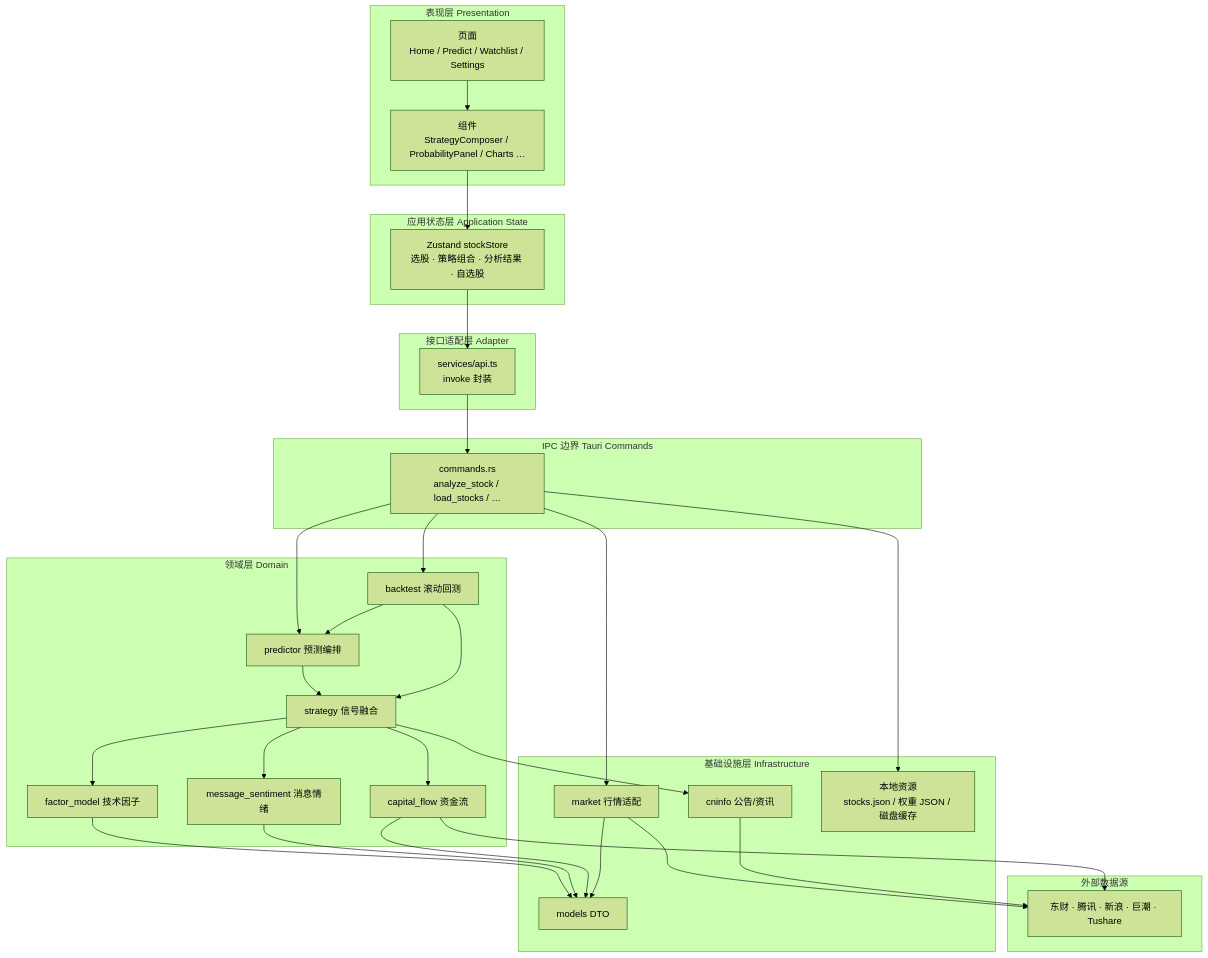
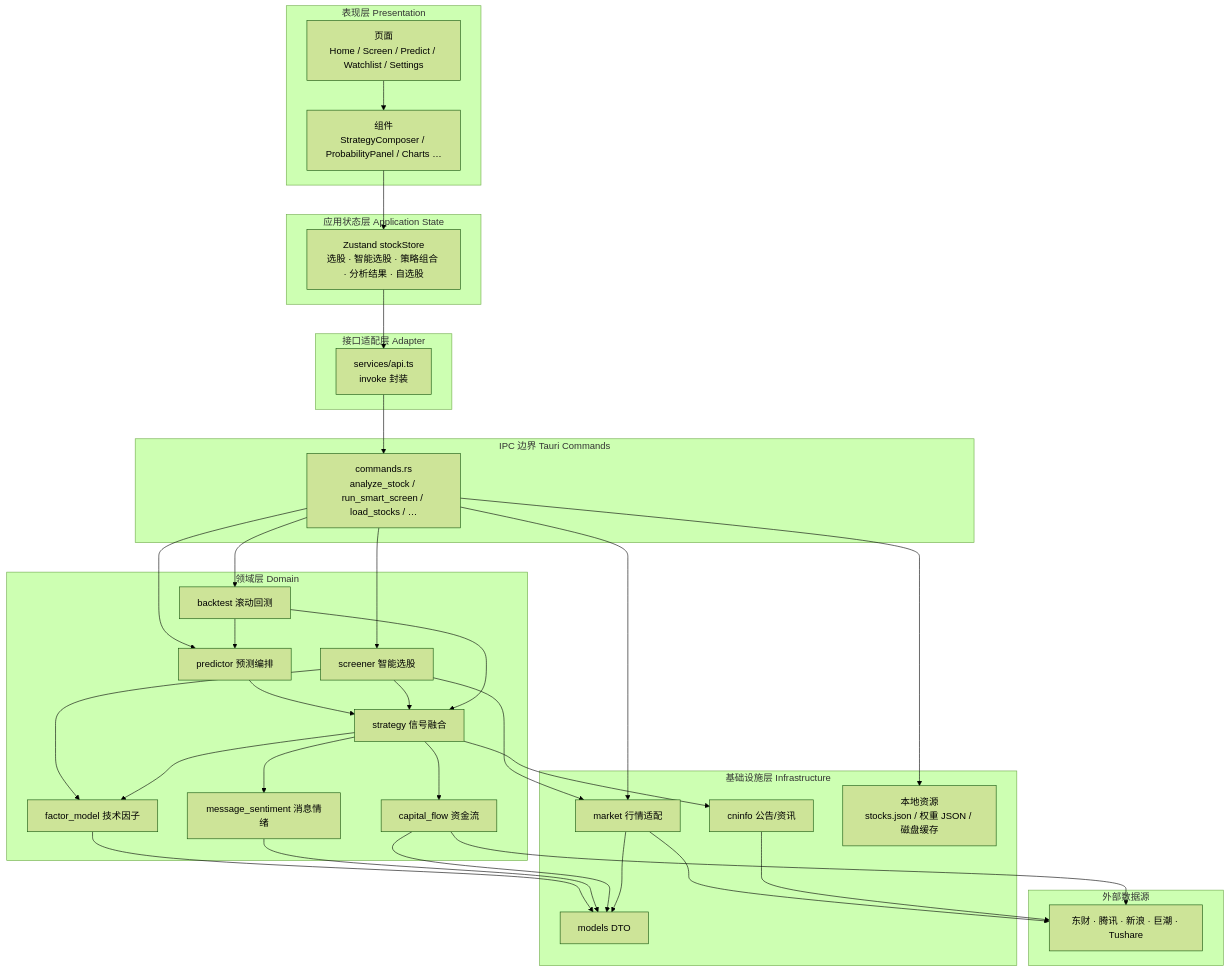
The first of 17 diagrams in docs/软件设计说明.md (wuyanwen1997-wyw/stock-predict), drawn with Mermaid (forest theme) before and after one commit. The commit also changed other lines of this file and 69 other files, not shown here.

````diff
--- a/docs/软件设计说明.md
+++ b/docs/软件设计说明.md
@@ -24,52 +24,54 @@
 ```mermaid
 flowchart TB
     subgraph 表现层["表现层 Presentation"]
-        PAGES["页面<br/>Home / Predict / Watchlist / Settings"]
+        PAGES["页面<br/>Home / Screen / Predict / Watchlist / Settings"]
         COMP["组件<br/>StrategyComposer / ProbabilityPanel / Charts …"]
     end
 
     subgraph 应用状态层["应用状态层 Application State"]
-        STORE["Zustand stockStore<br/>选股 · 策略组合 · 分析结果 · 自选股"]
+        STORE["Zustand stockStore<br/>选股 · 智能选股 · 策略组合 · 分析结果 · 自选股"]
     end
 
     subgraph 接口适配层["接口适配层 Adapter"]
         API["services/api.ts<br/>invoke 封装"]
     end
 
     subgraph IPC边界["IPC 边界 Tauri Commands"]
-        CMD["commands.rs<br/>analyze_stock / load_stocks / …"]
+        CMD["commands.rs<br/>analyze_stock / run_smart_screen / load_stocks / …"]
     end
 
     subgraph 领域层["领域层 Domain"]
         PRED["predictor 预测编排"]
         STR["strategy 信号融合"]
         BT["backtest 滚动回测"]
+        SCR["screener 智能选股"]
         FAC["factor_model 技术因子"]
         MSG["message_sentiment 消息情绪"]
         CAP["capital_flow 资金流"]
     end
 
     subgraph 基础设施层["基础设施层 Infrastructure"]
         MKT["market 行情适配"]
         CNI["cninfo 公告/资讯"]
         MOD["models DTO"]
         RES["本地资源<br/>stocks.json / 权重 JSON / 磁盘缓存"]
     end
 
     subgraph 外部系统["外部数据源"]
         EXT["东财 · 腾讯 · 新浪 · 巨潮 · Tushare"]
     end
 
     PAGES --> COMP
     COMP --> STORE
     STORE --> API
     API --> CMD
-    CMD --> PRED & BT & MKT
+    CMD --> PRED & BT & MKT & SCR
     PRED --> STR
+    SCR --> STR & MKT & FAC
     STR --> FAC & MSG & CAP
     BT --> PRED & STR
     STR --> CNI
     MKT & CNI & CAP --> EXT
     CMD --> RES
     FAC & MSG & CAP & MKT --> MOD
 ```
````
